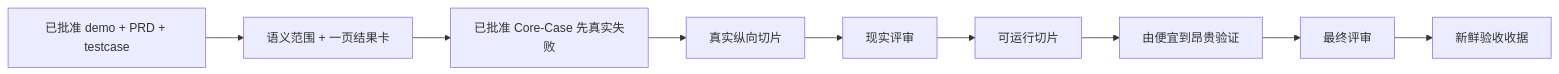
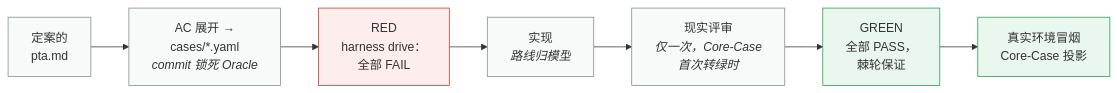
The second of 2 diagrams in README.zh-CN.md (wallkop/opc-develop), drawn with Mermaid before and after one commit. The commit also changed other lines of this file and 1 other file, not shown here.

Commit message:
docs: rebuild bilingual README for 0.7 — Mermaid architecture map, refactor philosophy section, PTA/harness world

````diff
--- a/README.zh-CN.md
+++ b/README.zh-CN.md
@@ -302,11 +345,16 @@
 ```mermaid
 flowchart LR
-  A["已批准 demo + PRD + testcase"] --> B["语义范围 + 一页结果卡"]
-  B --> C["已批准 Core-Case 先真实失败"]
-  C --> D["真实纵向切片"]
-  D --> E["现实评审"]
-  E --> F["可运行切片"]
-  F --> G["由便宜到昂贵验证"]
-  G --> H["最终评审"]
-  H --> I["新鲜验收收据"]
+  A["定案的<br/>pta.md"] --> B["AC 展开 →<br/>cases/*.yaml<br/><i>commit 锁死 Oracle</i>"]
+  B --> C["RED<br/>harness drive：<br/>全部 FAIL"]
+  C --> D["实现<br/><i>路线归模型</i>"]
+  D --> E["现实评审<br/><i>仅一次，Core-Case<br/>首次转绿时</i>"]
+  E --> F["GREEN<br/>全部 PASS，<br/>棘轮保证"]
+  F --> G["真实环境冒烟<br/>Core-Case 投影"]
+
+  classDef red fill:#fdedec,stroke:#c0392b,color:#333
+  classDef green fill:#e9f7ef,stroke:#229954,color:#333
+  classDef neutral fill:#f8f9f9,stroke:#7f8c8d,color:#333
+  class C red
+  class F,G green
+  class A,B,D,E neutral
 ```
````
